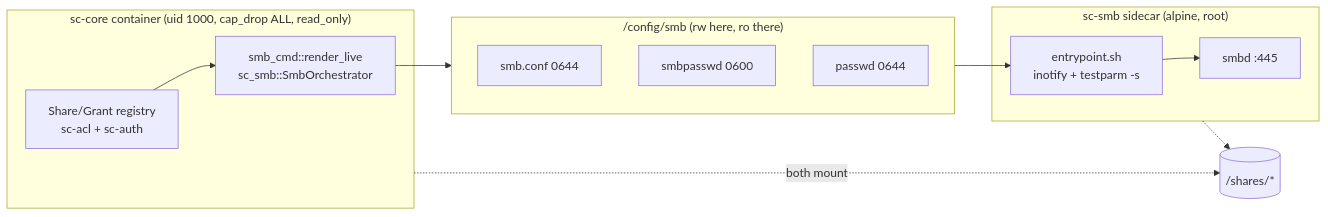
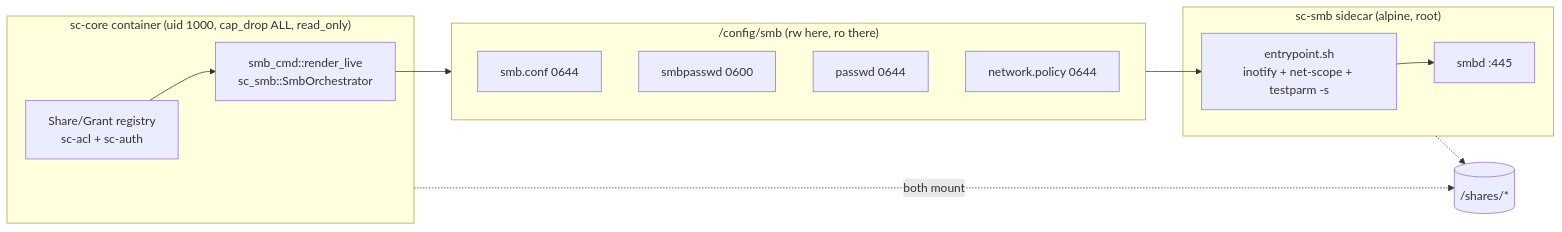
One commit to heavycaffeiner/stowcloud changed the diagram in docs/proposals/stowcloud-1-smb.md. Above: the diagram before and after it, drawn with Mermaid. The commit also changed other lines of this file and 18 other files, not shown here.

````diff
--- a/docs/proposals/stowcloud-1-smb.md
+++ b/docs/proposals/stowcloud-1-smb.md
@@ -94,21 +96,22 @@
 ```mermaid
 flowchart LR
   subgraph core["sc-core container (uid 1000, cap_drop ALL, read_only)"]
     REG["Share/Grant registry\nsc-acl + sc-auth"]
     RENDER["smb_cmd::render_live\nsc_smb::SmbOrchestrator"]
     REG --> RENDER
   end
   subgraph vol["/config/smb (rw here, ro there)"]
     F1["smb.conf 0644"]
     F2["smbpasswd 0600"]
     F3["passwd 0644"]
+    F4["network.policy 0644"]
   end
   subgraph side["sc-smb sidecar (alpine, root)"]
-    WATCH["entrypoint.sh\ninotify + testparm -s"]
+    WATCH["entrypoint.sh\ninotify + net-scope + testparm -s"]
     SMBD["smbd :445"]
     WATCH --> SMBD
   end
   RENDER --> vol --> WATCH
   core -.->|both mount| SHARES[("/shares/*")]
   side -.-> SHARES
 ```
````
